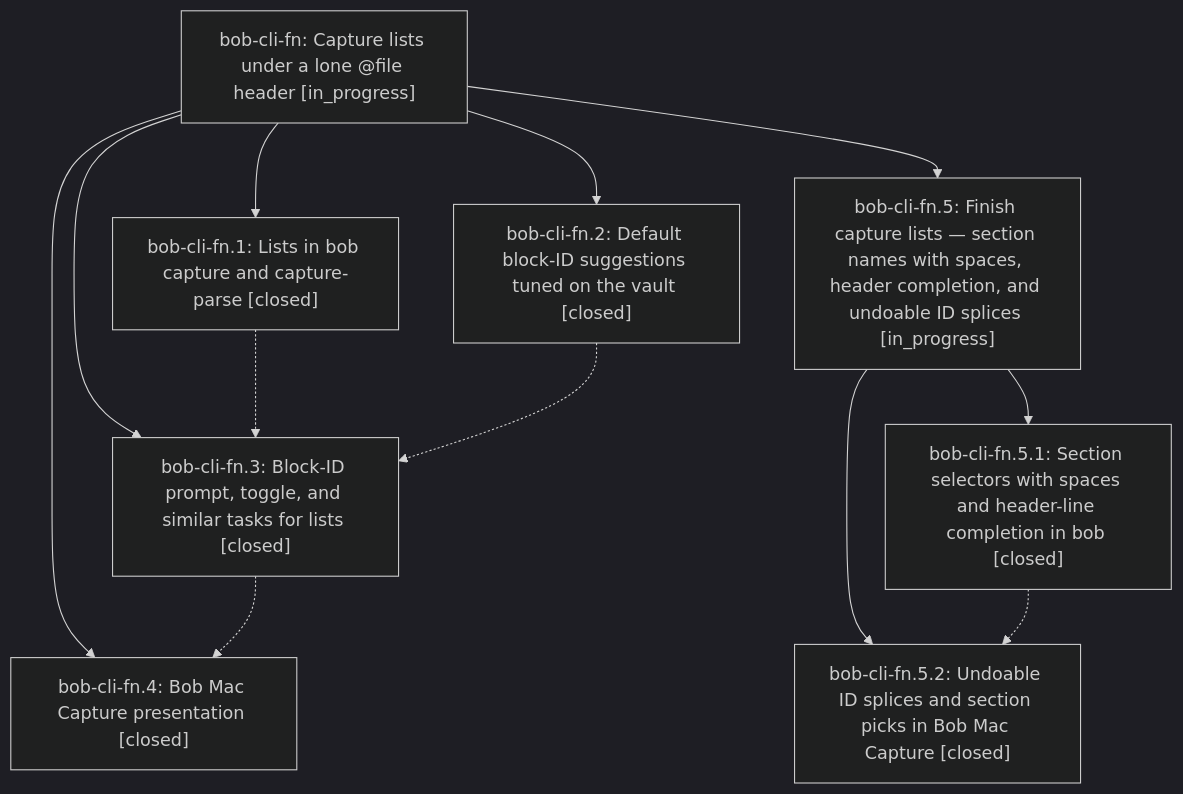
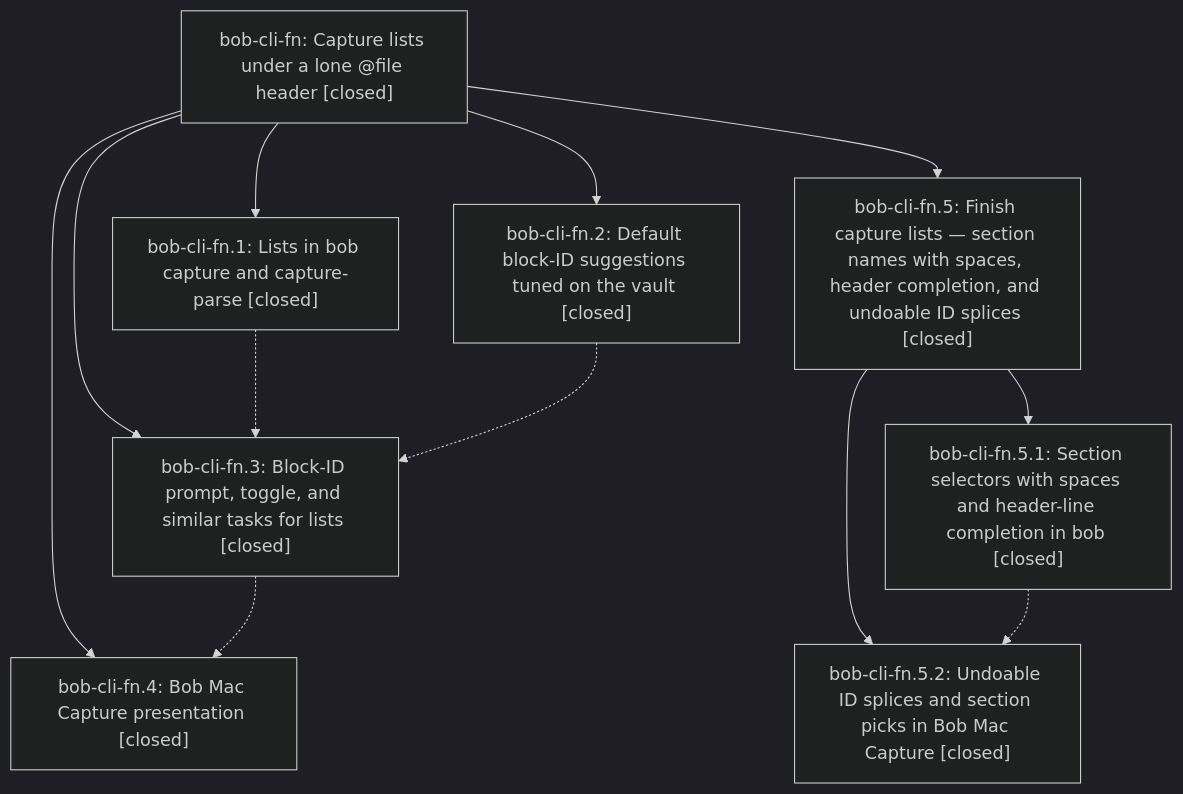
The diagram in pages/bob-cli-fn/README.md (bobs-org/bob-cli--beads), drawn with Mermaid (dark theme) before and after one commit. The commit also changed other lines of this file and 2 other files, not shown here.

First line of the commit message:
chore(beads): sync bead state and pages for bob-cli-fn

````diff
--- a/pages/bob-cli-fn/README.md
+++ b/pages/bob-cli-fn/README.md
@@ -61,22 +69,22 @@
 ```mermaid
 flowchart TD
-    n0["bob-cli-fn: Capture lists under a lone @file header [in_progress]"]
+    n0["bob-cli-fn: Capture lists under a lone @file header [closed]"]
     n1["bob-cli-fn.1: Lists in bob capture and capture-parse [closed]"]
     n2["bob-cli-fn.2: Default block-ID suggestions tuned on the vault [closed]"]
     n3["bob-cli-fn.3: Block-ID prompt, toggle, and similar tasks for lists [closed]"]
     n4["bob-cli-fn.4: Bob Mac Capture presentation [closed]"]
-    n5["bob-cli-fn.5: Finish capture lists — section names with spaces, header completion, and undoable ID splices [in_progress]"]
+    n5["bob-cli-fn.5: Finish capture lists — section names with spaces, header completion, and undoable ID splices [closed]"]
     n6["bob-cli-fn.5.1: Section selectors with spaces and header-line completion in bob [closed]"]
     n7["bob-cli-fn.5.2: Undoable ID splices and section picks in Bob Mac Capture [closed]"]
     n0 --> n1
     n0 --> n2
     n0 --> n3
     n0 --> n4
     n0 --> n5
     n5 --> n6
     n5 --> n7
     n1 -.-> n3
     n2 -.-> n3
     n3 -.-> n4
     n6 -.-> n7
 ```
````
